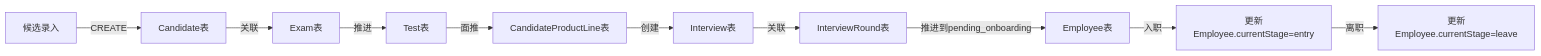
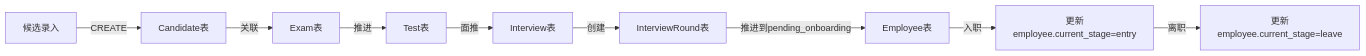
The diagram in recruit_rule.md (paullin8676/ODRecurit), drawn with Mermaid before and after one commit. The commit also changed other lines of this file and 90 other files, not shown here.

````diff
--- a/recruit_rule.md
+++ b/recruit_rule.md
@@ -111,12 +146,11 @@
 ```mermaid
 flowchart LR
     A[候选录入] -->|CREATE| B[Candidate表]
     B -->|关联| C[Exam表]
     C -->|推进| D[Test表]
-    D -->|面推| E[CandidateProductLine表]
-    E -->|创建| F[Interview表]
-    F -->|关联| G[InterviewRound表]
-    G -->|推进到pending_onboarding| H[Employee表]
-    H -->|入职| I[更新Employee.currentStage=entry]
-    I -->|离职| J[更新Employee.currentStage=leave]
+    D -->|面推| E[Interview表]
+    E -->|创建| F[InterviewRound表]
+    F -->|推进到pending_onboarding| G[Employee表]
+    G -->|入职| H[更新employee.current_stage=entry]
+    H -->|离职| I[更新employee.current_stage=leave]
 ```
````
